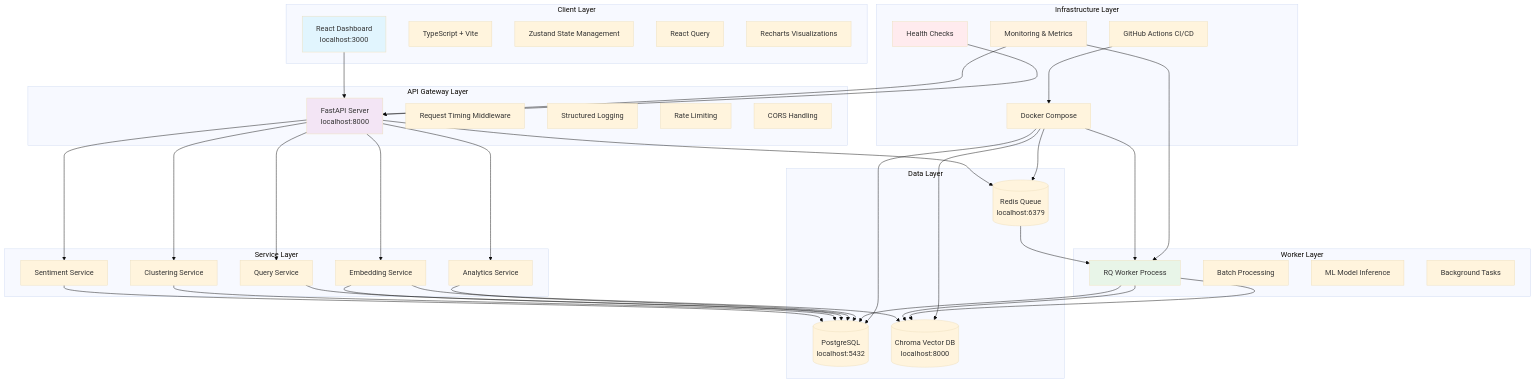
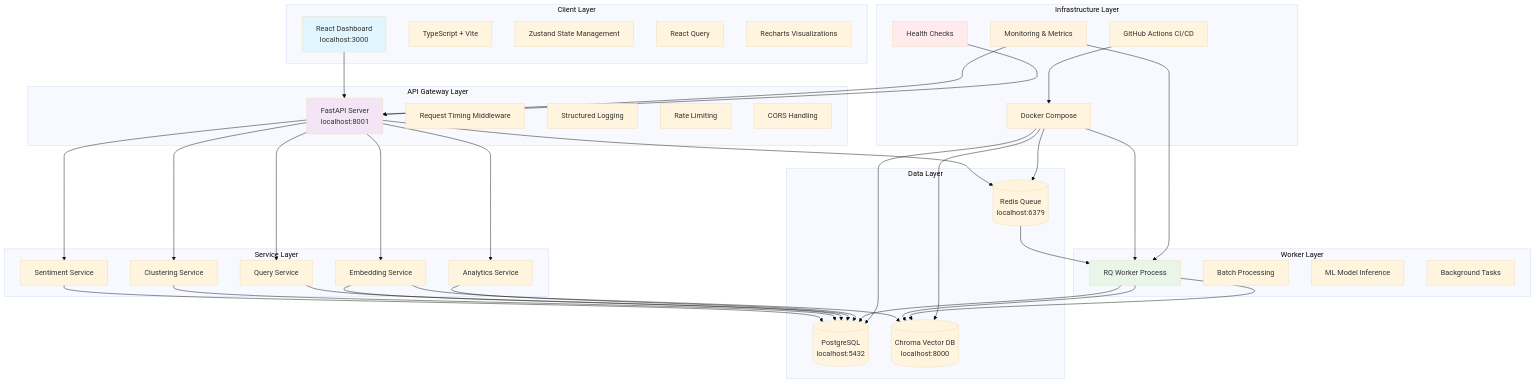
One commit to Sailokeshg/feedback-analysis-agent changed the first of 3 diagrams in docs/architecture.md. Above: the diagram before and after it, drawn with Mermaid (base theme). The commit also changed other lines of this file and 12 other files, not shown here.

```diff
--- a/docs/architecture.md
+++ b/docs/architecture.md
@@ -13,7 +13,7 @@
     end
 
     subgraph "API Gateway Layer"
-        B[FastAPI Server<br/>localhost:8000]
+        B[FastAPI Server<br/>localhost:8001]
         B1[Request Timing Middleware]
         B2[Structured Logging]
         B3[Rate Limiting]
```
